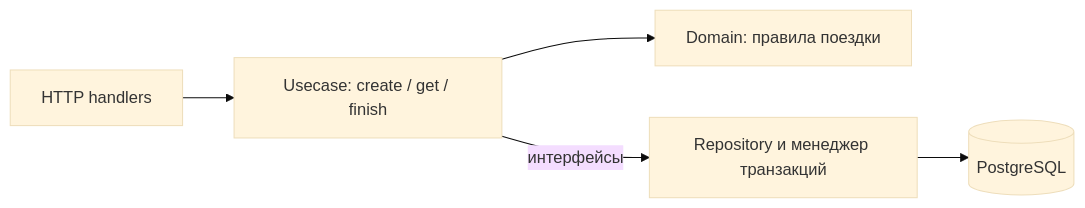
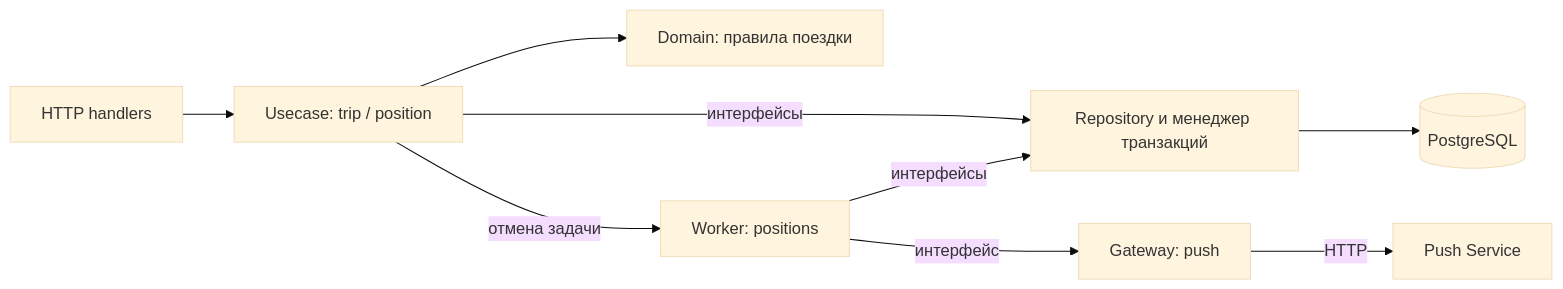
Before and after one commit to Gtollm/TripGO: the first of 2 diagrams in README.md, drawn with Mermaid (base theme). The commit also changed other lines of this file and 54 other files, not shown here.

````diff
--- a/README.md
+++ b/README.md
@@ -92,7 +109,11 @@
 ```mermaid
 flowchart LR
-    HTTP[HTTP handlers] --> UC[Usecase: create / get / finish]
+    HTTP[HTTP handlers] --> UC[Usecase: trip / position]
     UC --> Domain[Domain: правила поездки]
     UC -->|интерфейсы| Repo[Repository и менеджер транзакций]
+    UC -->|отмена задачи| Worker[Worker: positions]
+    Worker -->|интерфейсы| Repo
+    Worker -->|интерфейс| Gateway[Gateway: push]
     Repo --> DB[(PostgreSQL)]
+    Gateway -->|HTTP| Push[Push Service]
 ```
````
